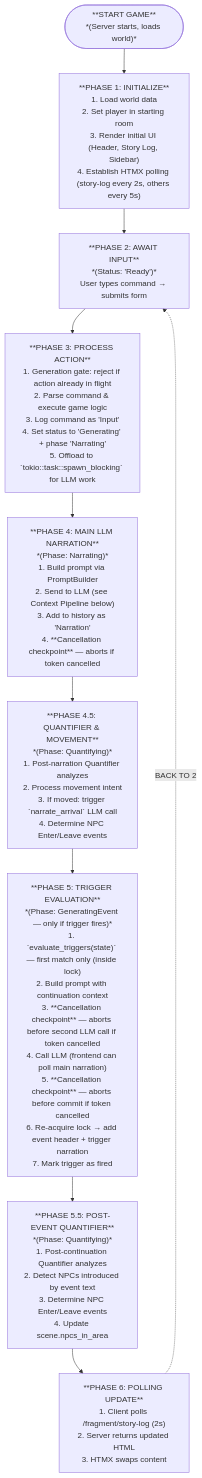
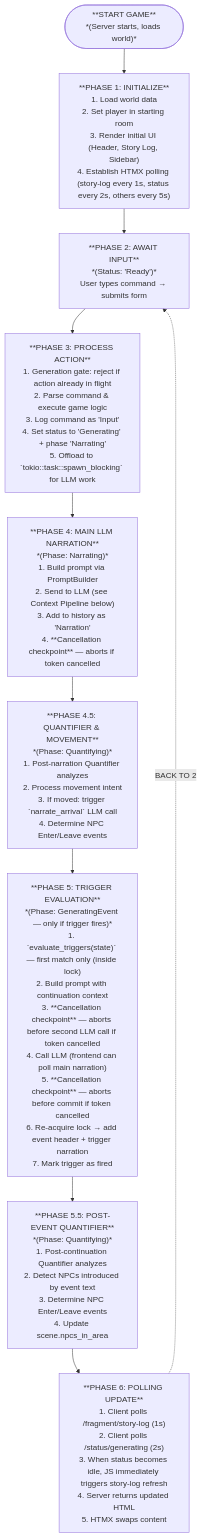
The first of 3 diagrams in chronicler_engine/docs/system/game_flow.md (notsonormal/chronicler-engine), drawn with Mermaid before and after one commit. The commit also changed other lines of this file and 39 other files, not shown here.

````diff
--- a/chronicler_engine/docs/system/game_flow.md
+++ b/chronicler_engine/docs/system/game_flow.md
@@ -11,30 +11,30 @@
 ```mermaid
 flowchart TD
     Start(["**START GAME**<br>*(Server starts, loads world)*"])
     
-    Phase1["**PHASE 1: INITIALIZE**<br>1. Load world data<br>2. Set player in starting room<br>3. Render initial UI (Header, Story Log, Sidebar)<br>4. Establish HTMX polling (story-log every 2s, others every 5s)"]
+    Phase1["**PHASE 1: INITIALIZE**<br>1. Load world data<br>2. Set player in starting room<br>3. Render initial UI (Header, Story Log, Sidebar)<br>4. Establish HTMX polling (story-log every 1s, status every 2s, others every 5s)"]
     
     Phase2["**PHASE 2: AWAIT INPUT**<br>*(Status: 'Ready')*<br>User types command → submits form"]
     
     Phase3["**PHASE 3: PROCESS ACTION**<br>1. Generation gate: reject if action already in flight<br>2. Parse command & execute game logic<br>3. Log command as 'Input'<br>4. Set status to 'Generating' + phase 'Narrating'<br>5. Offload to `tokio::task::spawn_blocking` for LLM work"]
     
     Phase4["**PHASE 4: MAIN LLM NARRATION**<br>*(Phase: Narrating)*<br>1. Build prompt via PromptBuilder<br>2. Send to LLM (see Context Pipeline below)<br>3. Add to history as 'Narration'<br>4. **Cancellation checkpoint** — aborts if token cancelled"]
     
     Phase45["**PHASE 4.5: QUANTIFIER & MOVEMENT**<br>*(Phase: Quantifying)*<br>1. Post-narration Quantifier analyzes<br>2. Process movement intent<br>3. If moved: trigger `narrate_arrival` LLM call<br>4. Determine NPC Enter/Leave events"]
     
     Phase5["**PHASE 5: TRIGGER EVALUATION**<br>*(Phase: GeneratingEvent — only if trigger fires)*<br>1. `evaluate_triggers(state)` — first match only (inside lock)<br>2. Build prompt with continuation context<br>3. **Cancellation checkpoint** — aborts before second LLM call if token cancelled<br>4. Call LLM (frontend can poll main narration)<br>5. **Cancellation checkpoint** — aborts before commit if token cancelled<br>6. Re-acquire lock → add event header + trigger narration<br>7. Mark trigger as fired"]
 
     Phase55["**PHASE 5.5: POST-EVENT QUANTIFIER**<br>*(Phase: Quantifying)*<br>1. Post-continuation Quantifier analyzes<br>2. Detect NPCs introduced by event text<br>3. Determine NPC Enter/Leave events<br>4. Update scene.npcs_in_area"]
     
-    Phase6["**PHASE 6: POLLING UPDATE**<br>1. Client polls /fragment/story-log (2s)<br>2. Server returns updated HTML<br>3. HTMX swaps content"]
+    Phase6["**PHASE 6: POLLING UPDATE**<br>1. Client polls /fragment/story-log (1s)<br>2. Client polls /status/generating (2s)<br>3. When status becomes idle, JS immediately triggers story-log refresh<br>4. Server returns updated HTML<br>5. HTMX swaps content"]
 
     Start --> Phase1
     Phase1 --> Phase2
     Phase2 --> Phase3
     Phase3 --> Phase4
     Phase4 --> Phase45
     Phase45 --> Phase5
     Phase5 --> Phase55
     Phase55 --> Phase6
     Phase6 -.->|BACK TO 2| Phase2
 ```
````
